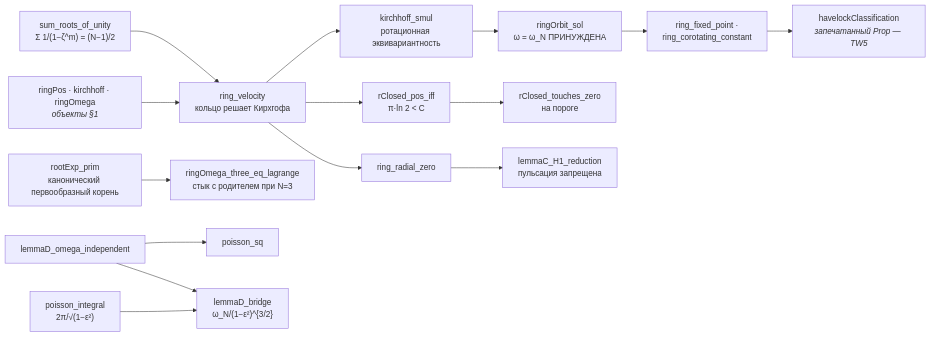
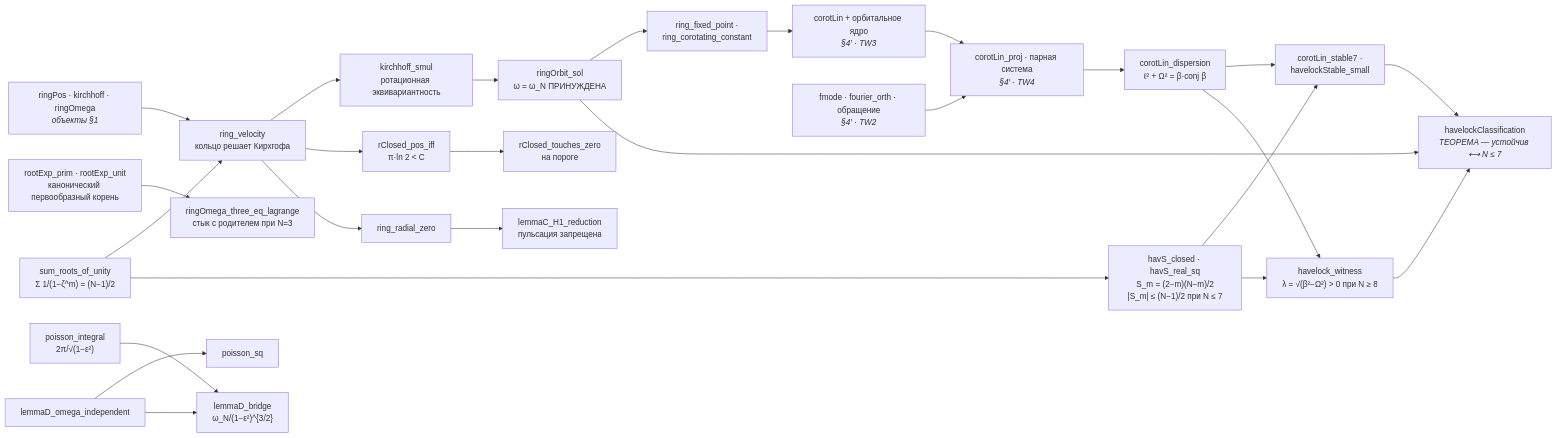
The second of 5 diagrams in polyvortex/polyvortex_lean4/README_RU.md (wild8highlander/Trivortex), drawn with Mermaid before and after one commit. The commit also changed other lines of this file and 27 other files, not shown here.

````diff
--- a/polyvortex/polyvortex_lean4/README_RU.md
+++ b/polyvortex/polyvortex_lean4/README_RU.md
@@ -283,31 +328,48 @@
 ```mermaid
 flowchart LR
     OBJ["ringPos · kirchhoff · ringOmega<br/><i>объекты §1</i>"]
     ID["sum_roots_of_unity<br/>Σ 1/(1−ζ^m) = (N−1)/2"]
     RV["ring_velocity<br/>кольцо решает Кирхгофа"]
     EQ["kirchhoff_smul<br/>ротационная эквивариантность"]
     FOR["ringOrbit_sol<br/>ω = ω_N ПРИНУЖДЕНА"]
-    PR["rootExp_prim<br/>канонический первообразный корень"]
+    PR["rootExp_prim · rootExp_unit<br/>канонический первообразный корень"]
     INT["ringOmega_three_eq_lagrange<br/>стык с родителем при N=3"]
     H1["rClosed_pos_iff<br/>π·ln 2 < C"]
     TOUCH["rClosed_touches_zero<br/>на пороге"]
     RZ["ring_radial_zero"]
     OB["lemmaC_H1_reduction<br/>пульсация запрещена"]
     PI["poisson_integral<br/>2π/√(1−ε²)"]
     PISQ["poisson_sq"]
     AVG["lemmaD_omega_independent"]
     BRD["lemmaD_bridge<br/>ω_N/(1−ε²)^{3/2}"]
+    CL["corotLin + орбитальное ядро<br/><i>§4′ · TW3</i>"]
+    FOUR["fmode · fourier_orth · обращение<br/><i>§4′ · TW2</i>"]
+    PROJ["corotLin_proj · парная система<br/><i>§4′ · TW4</i>"]
+    DISP["corotLin_dispersion<br/>ℓ² + Ω² = β·conj β"]
+    HAVS["havS_closed · havS_real_sq<br/>S_m = (2−m)(N−m)/2<br/>|S_m| ≤ (N−1)/2 при N ≤ 7"]
+    ST7["corotLin_stable7 ·<br/>havelockStable_small"]
+    WIT["havelock_witness<br/>λ = √(β²−Ω²) > 0 при N ≥ 8"]
+    CLS["havelockClassification<br/><i>ТЕОРЕМА — устойчив ⟷ N ≤ 7</i>"]
     FP["ring_fixed_point ·<br/>ring_corotating_constant"]
-    W4["havelockClassification<br/><i>запечатанный Prop — TW5</i>"]
 
     OBJ --> RV
     ID --> RV
     RV --> EQ --> FOR
     PR --> INT
     RV --> H1 --> TOUCH
     RV --> RZ --> OB
     AVG --> PISQ
     PI --> BRD
     AVG --> BRD
-    FOR --> FP --> W4
+    FOR --> FP --> CL
+    FOUR --> PROJ --> DISP
+    ID --> HAVS
+    CL --> PROJ
+    DISP --> ST7
+    HAVS --> ST7
+    DISP --> WIT
+    HAVS --> WIT
+    FOR --> CLS
+    ST7 --> CLS
+    WIT --> CLS
 ```
````
